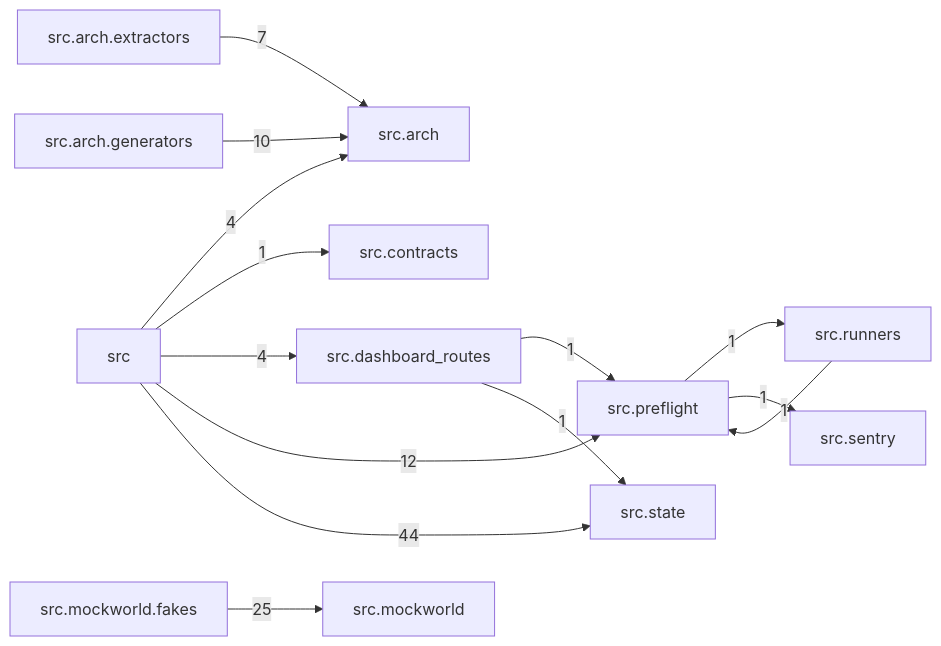
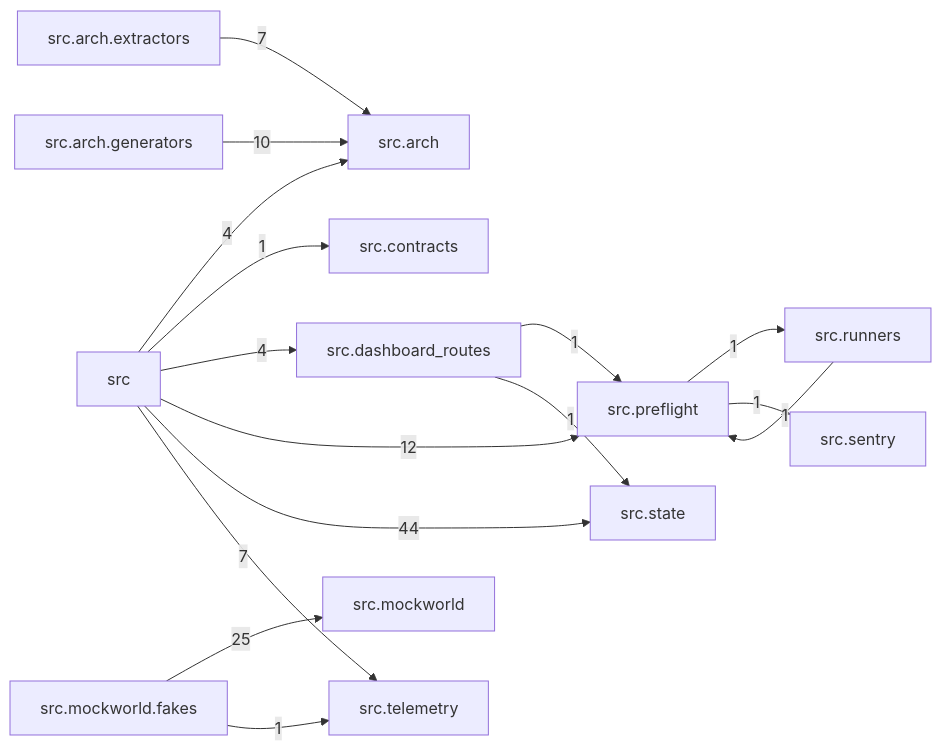
One commit to T-rav/hyrdaflow changed the diagram in docs/arch/generated/modules.md. Above: the diagram before and after it, drawn with Mermaid. The commit also changed other lines of this file and 51 other files, not shown here.

````diff
--- a/docs/arch/generated/modules.md
+++ b/docs/arch/generated/modules.md
@@ -7,28 +7,31 @@
 ```mermaid
 graph LR
     src["src"]
     src_arch["src.arch"]
     src_arch_extractors["src.arch.extractors"]
     src_arch_generators["src.arch.generators"]
     src_contracts["src.contracts"]
     src_dashboard_routes["src.dashboard_routes"]
     src_mockworld["src.mockworld"]
     src_mockworld_fakes["src.mockworld.fakes"]
     src_preflight["src.preflight"]
     src_runners["src.runners"]
     src_sentry["src.sentry"]
     src_state["src.state"]
+    src_telemetry["src.telemetry"]
     src -- "4" --> src_arch
     src -- "1" --> src_contracts
     src -- "4" --> src_dashboard_routes
     src -- "12" --> src_preflight
     src -- "44" --> src_state
+    src -- "7" --> src_telemetry
     src_arch_extractors -- "7" --> src_arch
     src_arch_generators -- "10" --> src_arch
     src_dashboard_routes -- "1" --> src_preflight
     src_dashboard_routes -- "1" --> src_state
     src_mockworld_fakes -- "25" --> src_mockworld
+    src_mockworld_fakes -- "1" --> src_telemetry
     src_preflight -- "1" --> src_runners
     src_preflight -- "1" --> src_sentry
     src_runners -- "1" --> src_preflight
 ```
````
